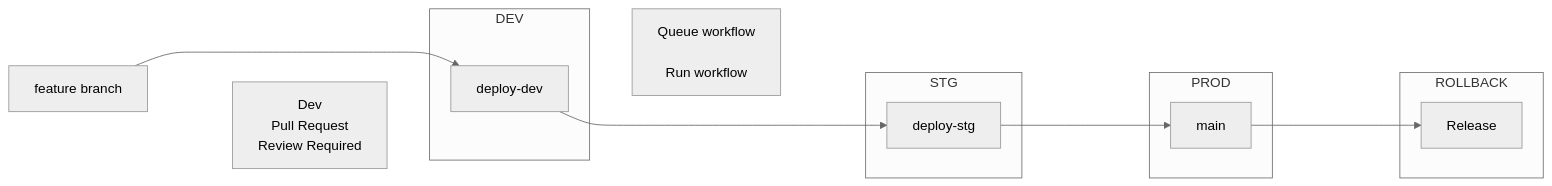
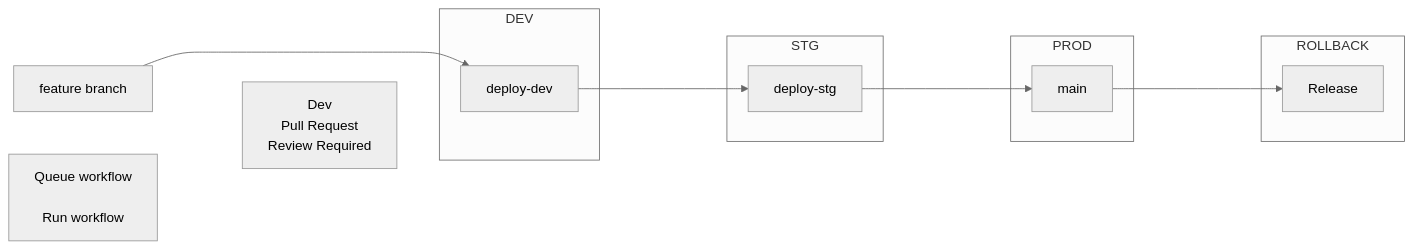
One commit to fritzramos-gf/Workflows changed the diagram in Gates-Workflow.md. Above: the diagram before and after it, drawn with Mermaid (neutral theme).

````diff
--- a/Gates-Workflow.md
+++ b/Gates-Workflow.md
@@ -1,34 +1,34 @@
 ```mermaid
 flowchart LR
     A[feature branch] ----> B
     A ~~~ C["Dev\nPull Request\nReview Required"]
     C ~~~ B
     subgraph DEV
         B[deploy-dev]
     end
-    B ~~~ G["Queue workflow
-            \nRun workflow"]
+     G["Queue workflow
+        \nRun workflow"]
 
     B ----> D
     subgraph STG
         D[deploy-stg]
     end
     D ----> E
     subgraph PROD
         E[main]
     end
     E ----> F
     subgraph ROLLBACK
         F[Release]
     end
 
 
 
 
 
 
 
 
 
 
 ```
````
